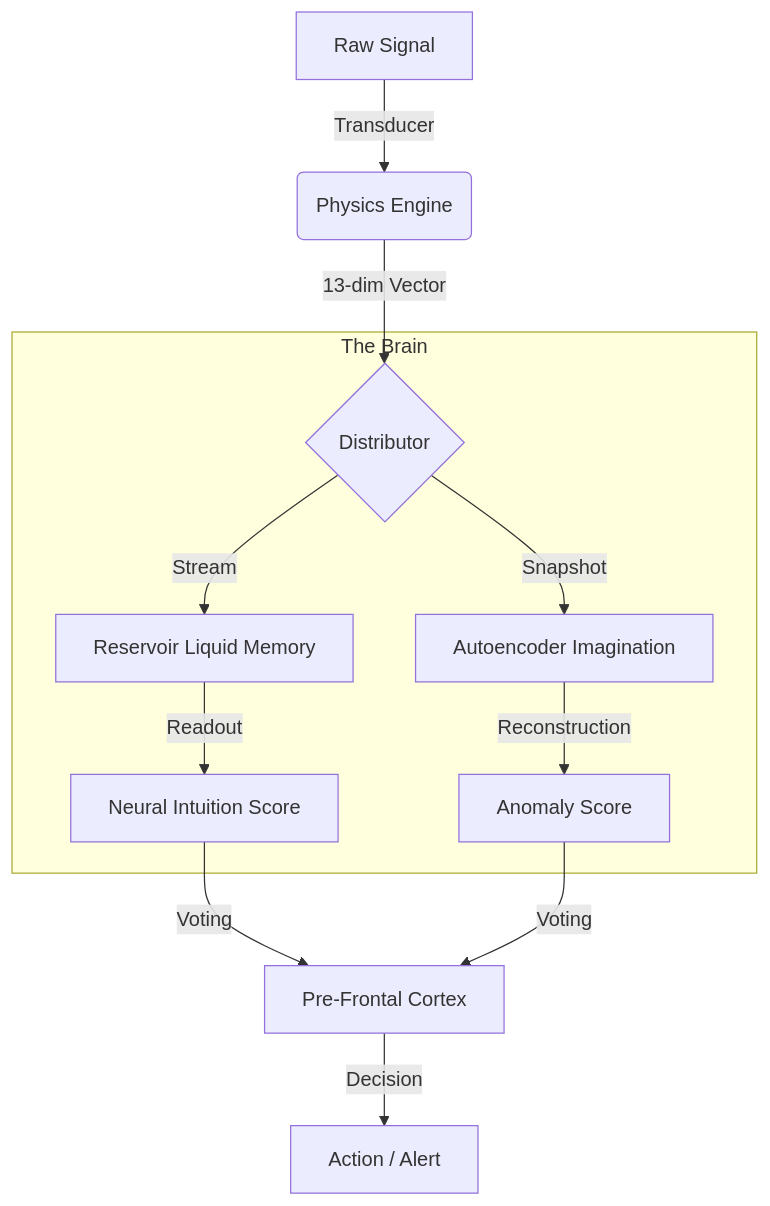
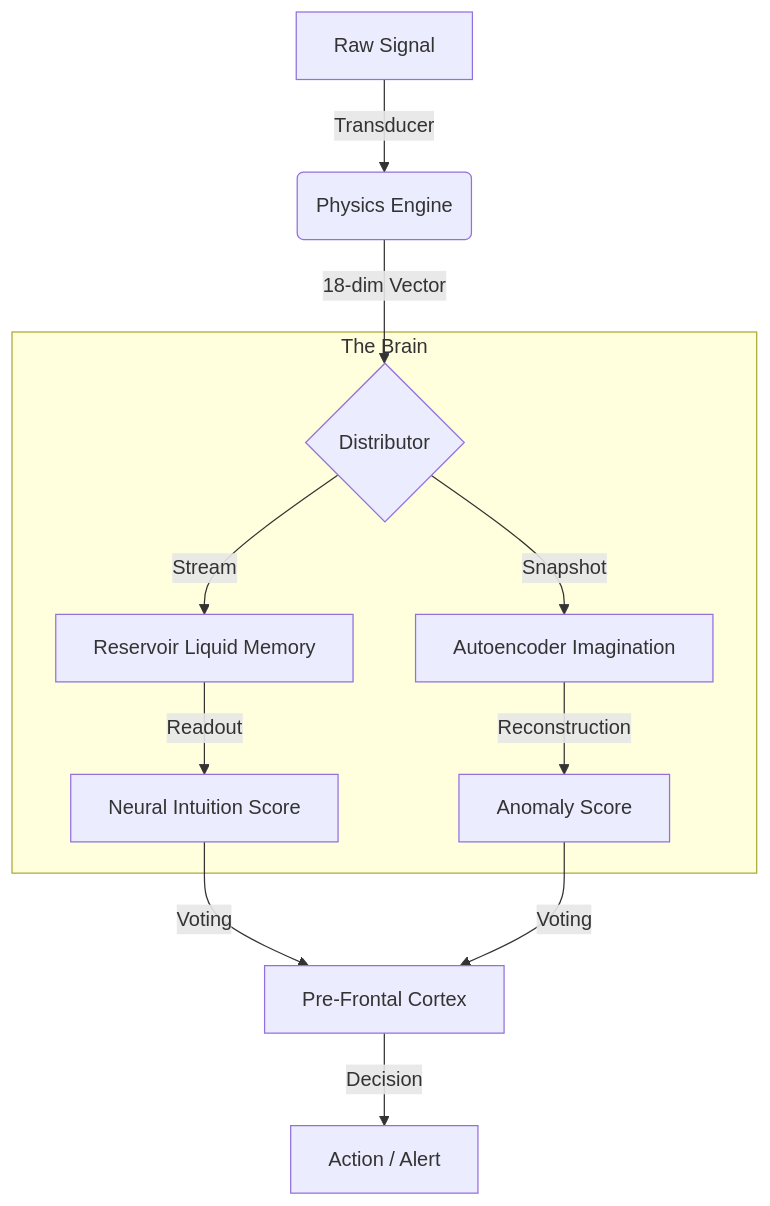
The diagram in docs/whitepapers/NEURAL_MATHEMATICS.md (TheLazyEyedJedi/Shunollo), drawn with Mermaid before and after one commit. The commit also changed other lines of this file and 7 other files, not shown here.

````diff
--- a/docs/whitepapers/NEURAL_MATHEMATICS.md
+++ b/docs/whitepapers/NEURAL_MATHEMATICS.md
@@ -22,16 +22,16 @@
 ```mermaid
 graph TD
     A[Raw Signal] -->|Transducer| B(Physics Engine)
-    B -->|13-dim Vector| C{Distributor}
+    B -->|18-dim Vector| C{Distributor}
     
     subgraph The Brain
     C -->|Stream| D[Reservoir Liquid Memory]
     C -->|Snapshot| E[Autoencoder Imagination]
     
     D -->|Readout| F[Neural Intuition Score]
     E -->|Reconstruction| G[Anomaly Score]
     end
     
     F & G -->|Voting| H[Pre-Frontal Cortex]
     H -->|Decision| I[Action / Alert]
 ```
````
